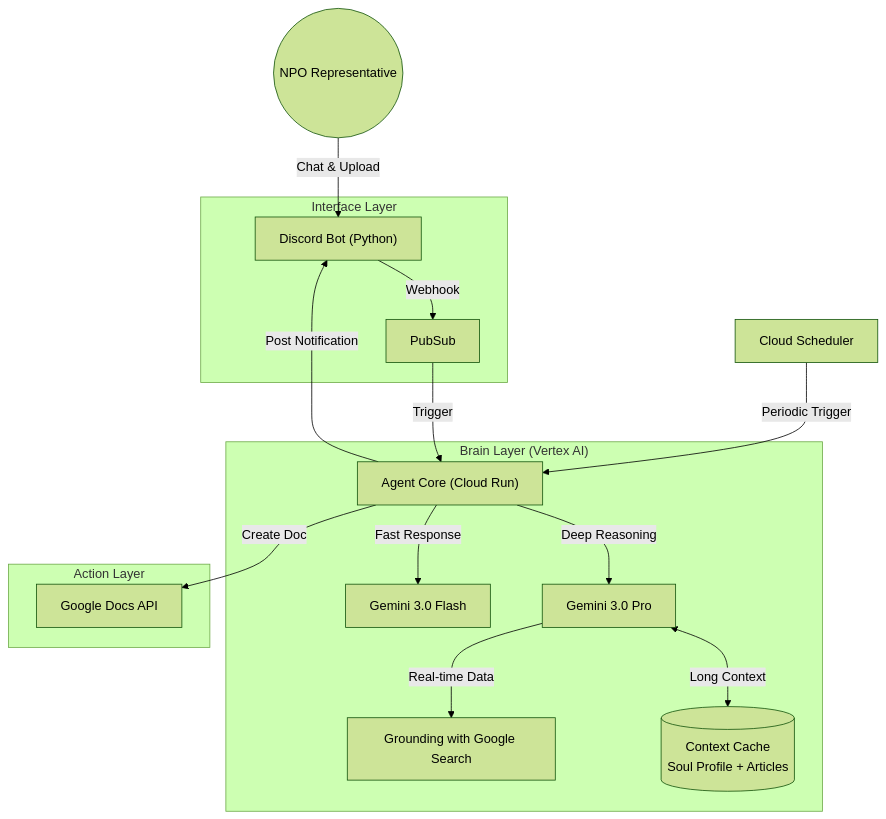
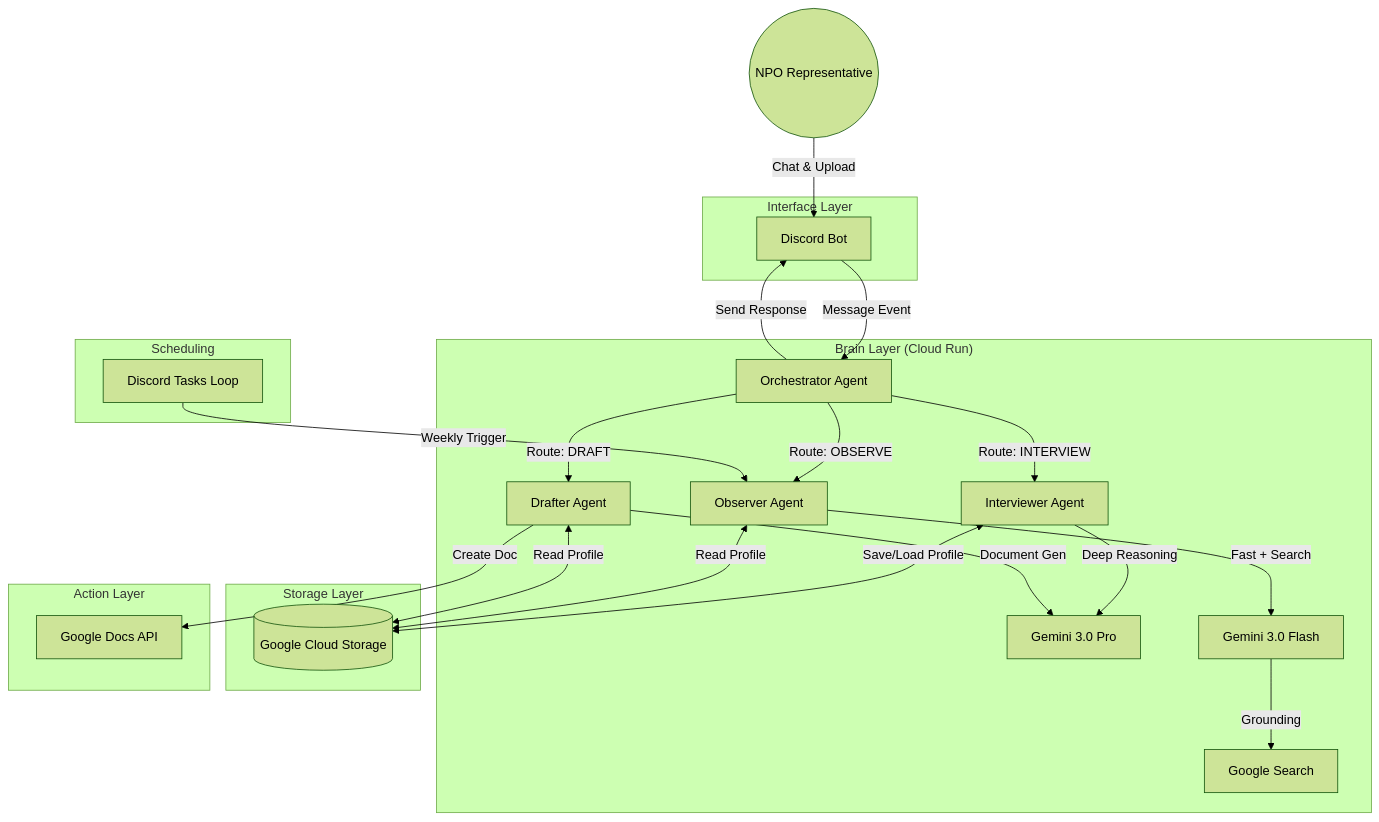
Before and after one commit to t1gurt/shadow-director: the diagram in readme.md, drawn with Mermaid (forest theme). The commit also changed other lines of this file, not shown here.

````diff
--- a/readme.md
+++ b/readme.md
@@ -60,26 +78,37 @@
 ```mermaid
 graph TD
-    User(("NPO Representative")) -->|"Chat & Upload"| Discord
+    User((NPO Representative)) -->|Chat & Upload| Discord
     
     subgraph "Interface Layer"
-        Discord["Discord Bot (Python)"]
-        Discord -->|Webhook| PubSub
+        Discord[Discord Bot]
     end
 
-    subgraph "Brain Layer (Vertex AI)"
-        PubSub -->|Trigger| AgentCore["Agent Core (Cloud Run)"]
+    subgraph "Brain Layer (Cloud Run)"
+        Discord -->|Message Event| Orchestrator[Orchestrator Agent]
         
-        AgentCore -->|"Deep Reasoning"| GeminiPro["Gemini 3.0 Pro"]
-        AgentCore -->|"Fast Response"| GeminiFlash["Gemini 3.0 Flash"]
+        Orchestrator -->|Route: INTERVIEW| Interviewer[Interviewer Agent]
+        Orchestrator -->|Route: OBSERVE| Observer[Observer Agent]
+        Orchestrator -->|Route: DRAFT| Drafter[Drafter Agent]
         
-        GeminiPro <-->|"Long Context"| ContextCache[("Context Cache\nSoul Profile + Articles")]
-        GeminiPro -->|"Real-time Data"| Grounding["Grounding with Google Search"]
+        Interviewer -->|Deep Reasoning| GeminiPro[Gemini 3.0 Pro]
+        Observer -->|Fast + Search| GeminiFlash[Gemini 3.0 Flash]
+        Drafter -->|Document Gen| GeminiPro
+        
+        GeminiFlash -->|Grounding| GoogleSearch[Google Search]
+    end
+
+    subgraph "Storage Layer"
+        Interviewer <-->|Save/Load Profile| GCS[(Google Cloud Storage)]
+        Observer <-->|Read Profile| GCS
+        Drafter <-->|Read Profile| GCS
     end
 
     subgraph "Action Layer"
-        AgentCore -->|"Post Notification"| Discord
-        AgentCore -->|"Create Doc"| GDrive["Google Docs API"]
+        Drafter -->|Create Doc| GDocs[Google Docs API]
+        Orchestrator -->|Send Response| Discord
     end
-
-    Scheduler["Cloud Scheduler"] -->|"Periodic Trigger"| AgentCore
+    
+    subgraph "Scheduling"
+        Tasks[Discord Tasks Loop] -->|Weekly Trigger| Observer
+    end
 ```
````
